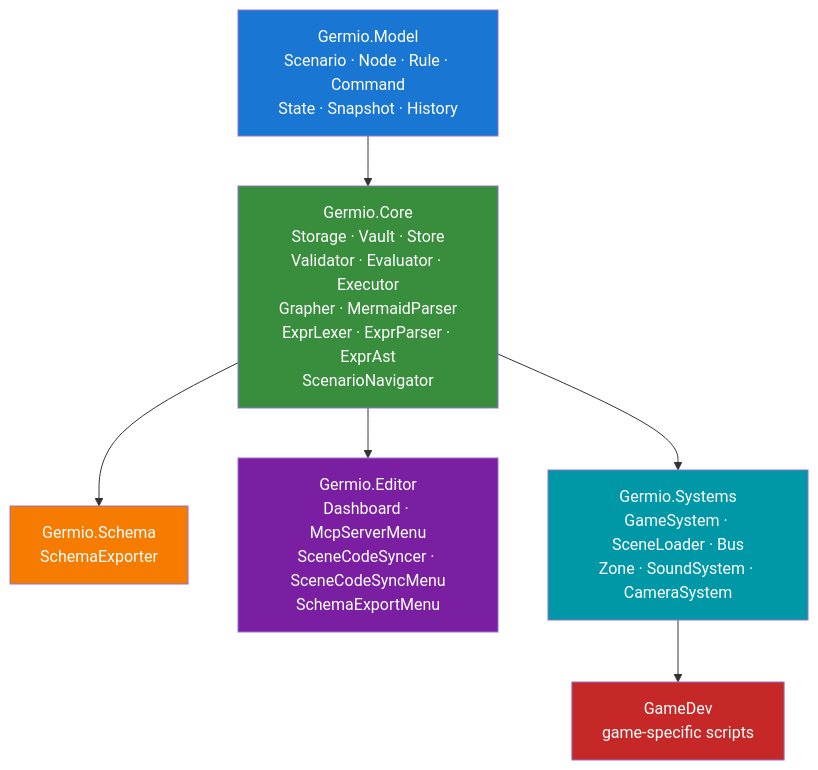
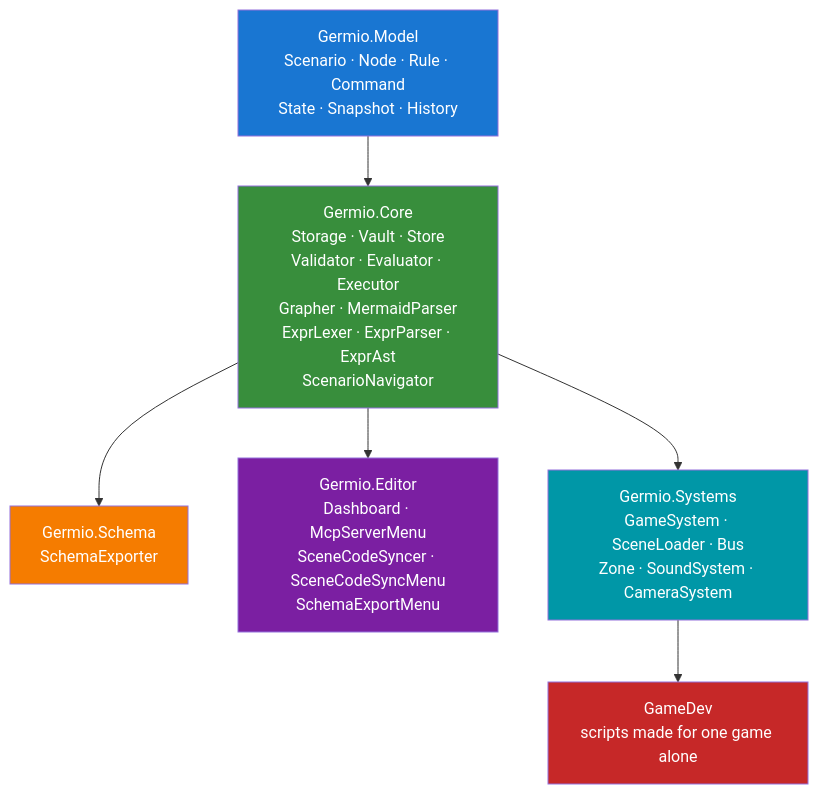
The seventh of 7 diagrams in README.md (hiroxpepe/germio), drawn with Mermaid before and after one commit. The commit also changed other lines of this file and 1 other file, not shown here.

````diff
--- a/README.md
+++ b/README.md
@@ -223,22 +231,22 @@
 ```mermaid
 flowchart TB
     MODEL[Germio.Model\nScenario · Node · Rule · Command\nState · Snapshot · History]
     CORE[Germio.Core\nStorage · Vault · Store\nValidator · Evaluator · Executor\nGrapher · MermaidParser\nExprLexer · ExprParser · ExprAst\nScenarioNavigator]
     SCHEMA[Germio.Schema\nSchemaExporter]
     EDITOR[Germio.Editor\nDashboard · McpServerMenu\nSceneCodeSyncer · SceneCodeSyncMenu\nSchemaExportMenu]
     SYSTEMS[Germio.Systems\nGameSystem · SceneLoader · Bus\nZone · SoundSystem · CameraSystem]
-    GAMEDEV[GameDev\ngame-specific scripts]
+    GAMEDEV[GameDev\nscripts made for one game alone]
 
     MODEL --> CORE
     CORE --> SCHEMA
     CORE --> EDITOR
     CORE --> SYSTEMS
     SYSTEMS --> GAMEDEV
 
     style MODEL  fill:#1976d2,color:#fff
     style CORE   fill:#388e3c,color:#fff
     style SCHEMA fill:#f57c00,color:#fff
     style EDITOR fill:#7b1fa2,color:#fff
     style SYSTEMS fill:#0097a7,color:#fff
     style GAMEDEV fill:#c62828,color:#fff
 ```
````
